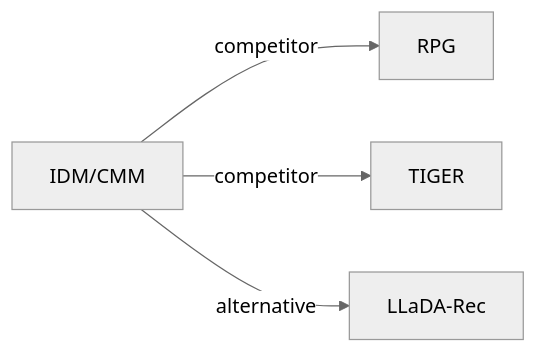
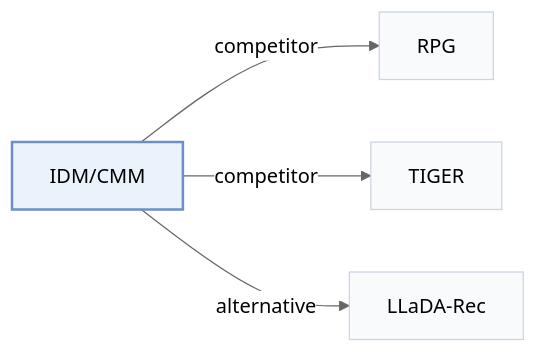
The second of 2 diagrams in pages/papers/idm-cmm.md (Galaxy-ghost/Awesome-SID-Generative-Rec), drawn with Mermaid (neutral theme) before and after one commit. The commit also changed other lines of this file and 649 other files, not shown here.

Commit message:
writer-05: also tags and modality index (schema, check, build, visuals); summary field removed; calibration data for 12 papers

````diff
--- a/pages/papers/idm-cmm.md
+++ b/pages/papers/idm-cmm.md
@@ -68,7 +74,11 @@
 ```mermaid
 flowchart LR
     P["IDM/CMM"]
-    P -->|competitor| A["RPG"]
-    P -->|competitor| B["TIGER"]
-    P -->|alternative| C["LLaDA-Rec"]
+    P -->|"competitor"| A["RPG"]
+    P -->|"competitor"| B["TIGER"]
+    P -->|"alternative"| C["LLaDA-Rec"]
+    classDef main fill:#eaf2fb,stroke:#6b8fc7,stroke-width:2px
+    classDef peer fill:#f8fafc,stroke:#cbd5e1
+    class P main
+    class A,B,C peer
 ```
````
